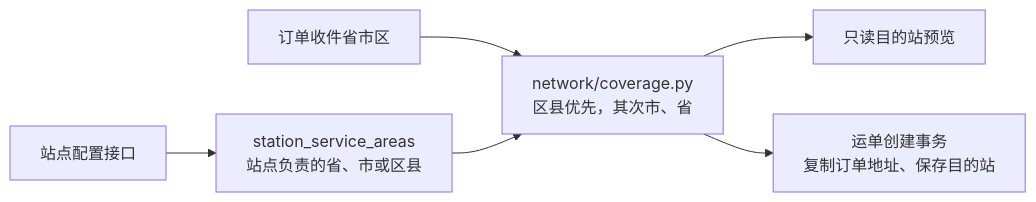
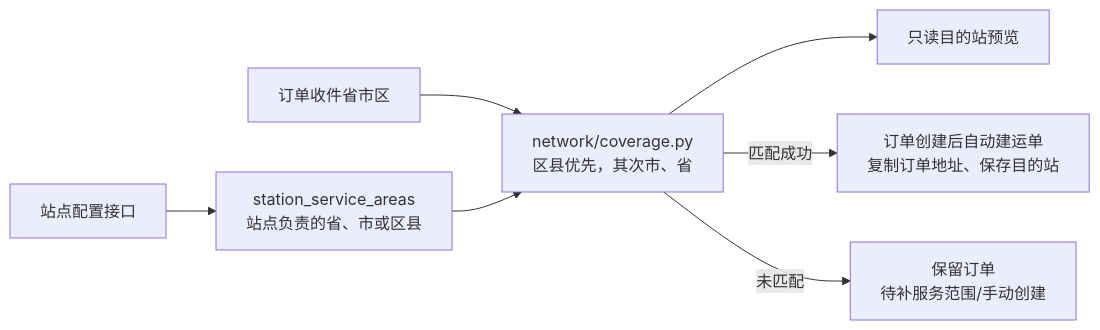
The diagram in docs/技术方案/v7/be/station-service-areas.md (NikFranki/jingpo-logistics-system), drawn with Mermaid before and after one commit. The commit also changed other lines of this file and 23 other files, not shown here.

````diff
--- a/docs/技术方案/v7/be/station-service-areas.md
+++ b/docs/技术方案/v7/be/station-service-areas.md
@@ -7,8 +7,9 @@
 ```mermaid
 flowchart LR
     N[站点配置接口] --> A[station_service_areas\n站点负责的省、市或区县]
     O[订单收件省市区] --> M[network/coverage.py\n区县优先，其次市、省]
     A --> M
     M --> P[只读目的站预览]
-    M --> C[运单创建事务\n复制订单地址、保存目的站]
+    M -->|匹配成功| C[订单创建后自动建运单\n复制订单地址、保存目的站]
+    M -->|未匹配| X[保留订单\n待补服务范围/手动创建]
 ```
````
